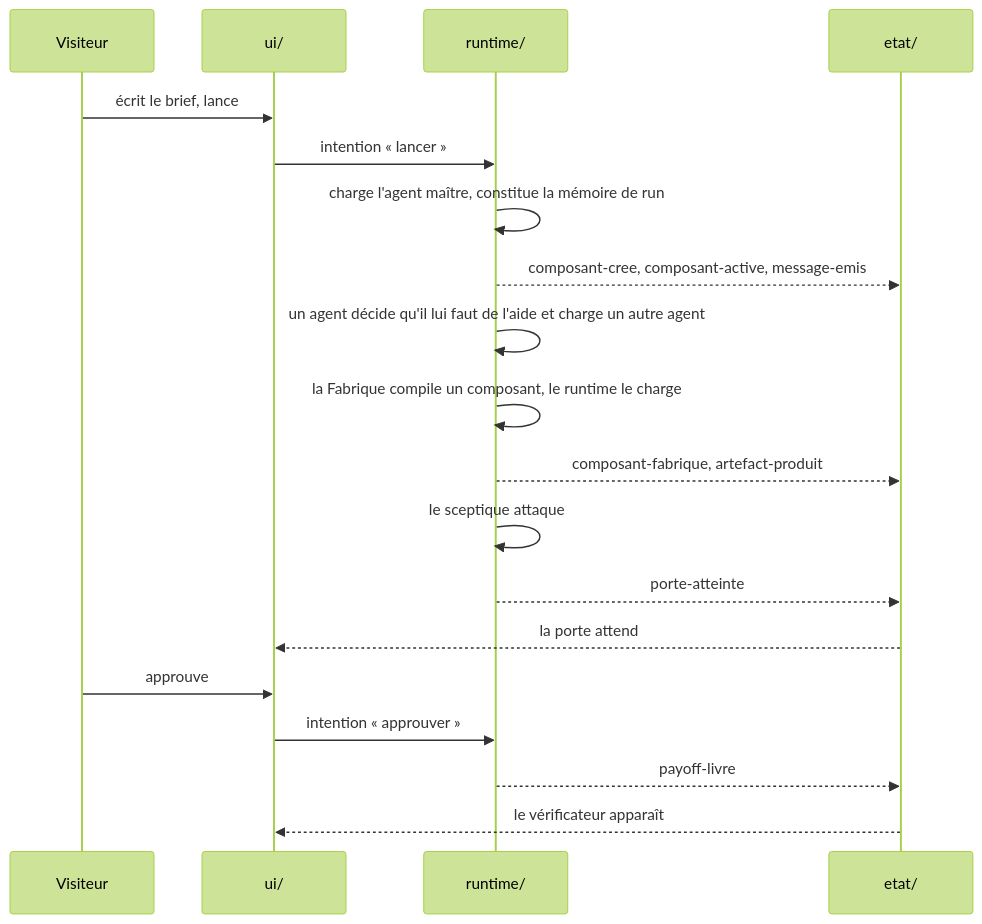
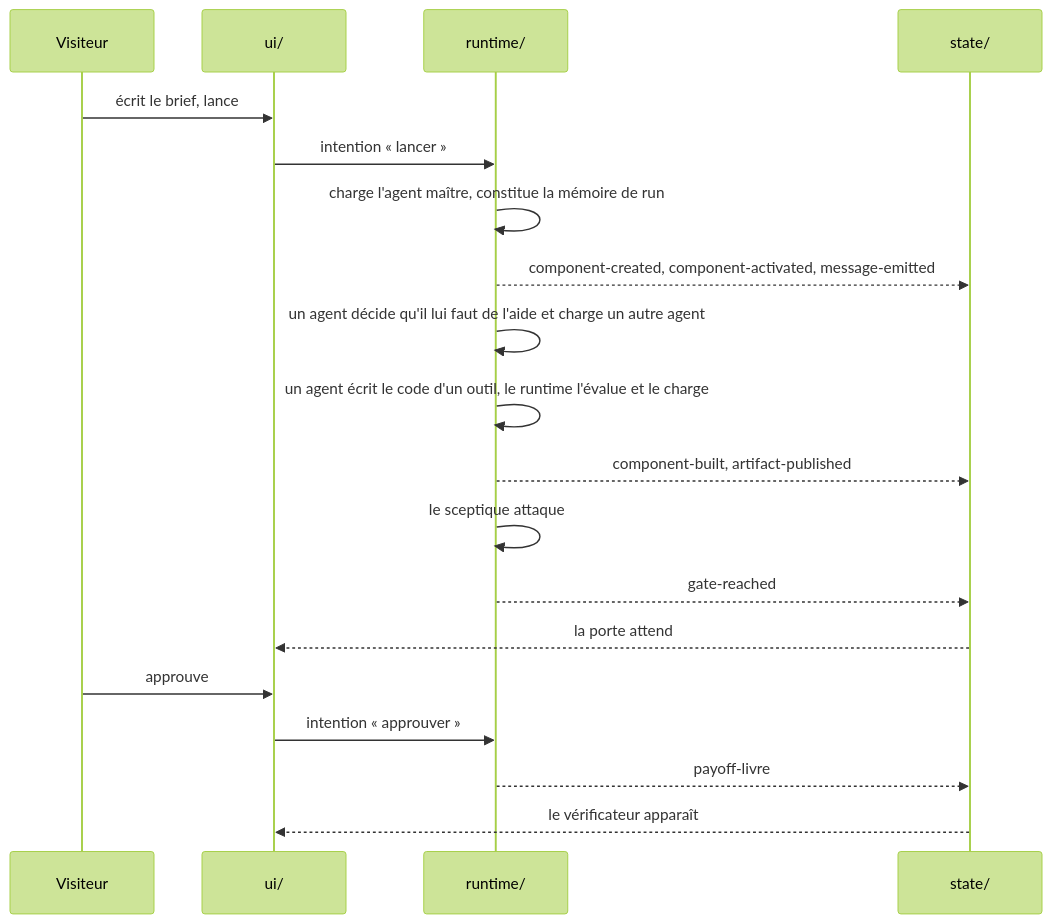
Before and after one commit to guillaume-flambard/usine: the third of 5 diagrams in _bmad-output/planning-artifacts/architecture/architecture-usine-2026-08-20/ARCHITECTURE-SPINE.md, drawn with Mermaid (forest theme). The commit also changed other lines of this file and 2 other files, not shown here.

````diff
--- a/_bmad-output/planning-artifacts/architecture/architecture-usine-2026-08-20/ARCHITECTURE-SPINE.md
+++ b/_bmad-output/planning-artifacts/architecture/architecture-usine-2026-08-20/ARCHITECTURE-SPINE.md
@@ -298,22 +298,22 @@
 ```mermaid
 sequenceDiagram
   participant U as Visiteur
   participant UI as ui/
   participant R as runtime/
-  participant E as etat/
+  participant E as state/
 
   U->>UI: écrit le brief, lance
   UI->>R: intention « lancer »
   R->>R: charge l'agent maître, constitue la mémoire de run
-  R-->>E: composant-cree, composant-active, message-emis
+  R-->>E: component-created, component-activated, message-emitted
   R->>R: un agent décide qu'il lui faut de l'aide et charge un autre agent
-  R->>R: la Fabrique compile un composant, le runtime le charge
-  R-->>E: composant-fabrique, artefact-produit
+  R->>R: un agent écrit le code d'un outil, le runtime l'évalue et le charge
+  R-->>E: component-built, artifact-published
   R->>R: le sceptique attaque
-  R-->>E: porte-atteinte
+  R-->>E: gate-reached
   E-->>UI: la porte attend
   U->>UI: approuve
   UI->>R: intention « approuver »
   R-->>E: payoff-livre
   E-->>UI: le vérificateur apparaît
 ```
````
